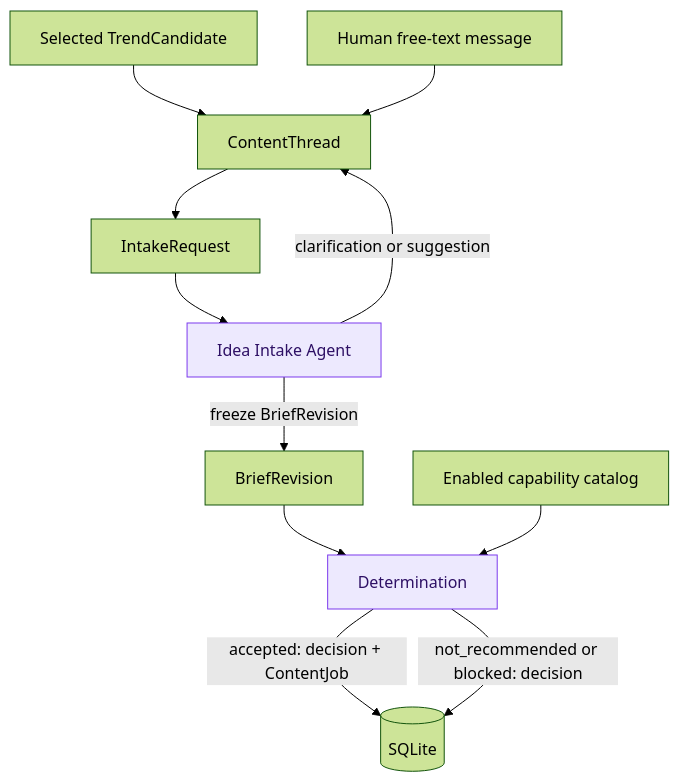
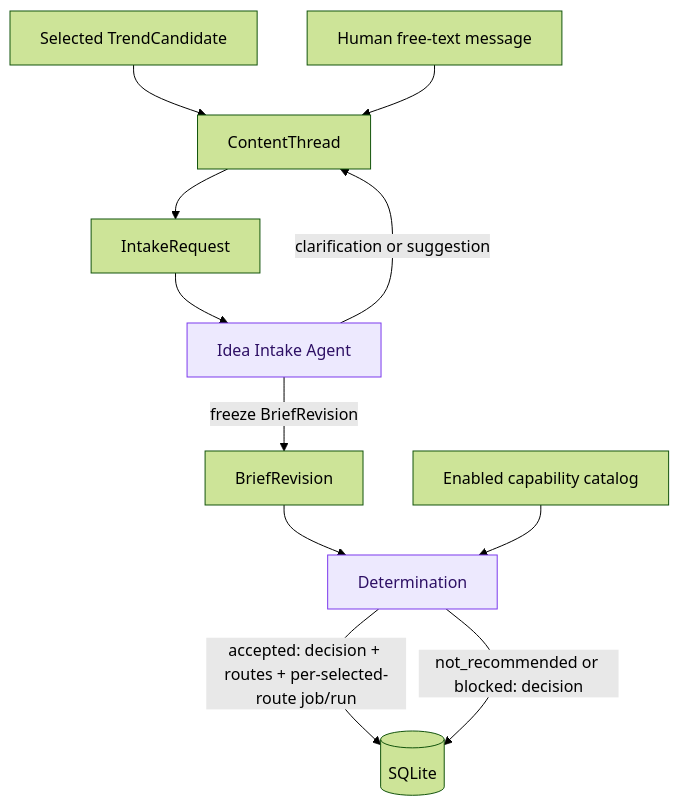
One commit to orderpizza/content_factory changed the diagram in docs/specs/idea-intake-and-determination.md. Above: the diagram before and after it, drawn with Mermaid (forest theme). The commit also changed other lines of this file and 57 other files, not shown here.

````diff
--- a/docs/specs/idea-intake-and-determination.md
+++ b/docs/specs/idea-intake-and-determination.md
@@ -26,16 +27,16 @@
 ```mermaid
 flowchart TB
     trend[Selected TrendCandidate] --> thread[ContentThread]
     human[Human free-text message] --> thread
     thread --> request[IntakeRequest]
     request --> intake[Idea Intake Agent]
     intake -->|clarification or suggestion| thread
     intake -->|freeze BriefRevision| revision[BriefRevision]
     revision --> determination[Determination]
     catalog[Enabled capability catalog] --> determination
-    determination -->|accepted: decision + ContentJob| state[(SQLite)]
+    determination -->|accepted: decision + routes + per-selected-route job/run| state[(SQLite)]
     determination -->|not_recommended or blocked: decision| state
 
     classDef gemini fill:#ede9fe,stroke:#7c3aed,color:#2e1065
     class intake,determination gemini
 ```
````
